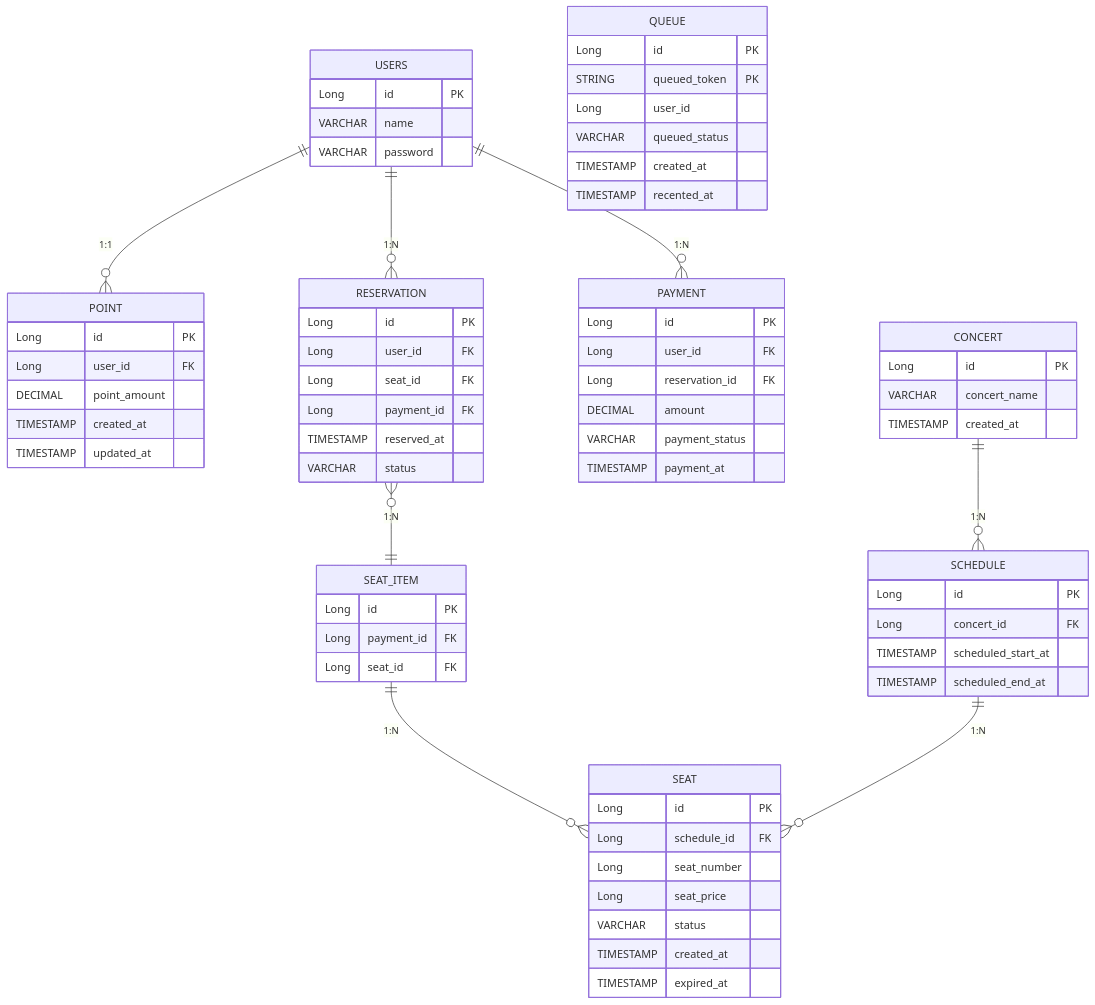
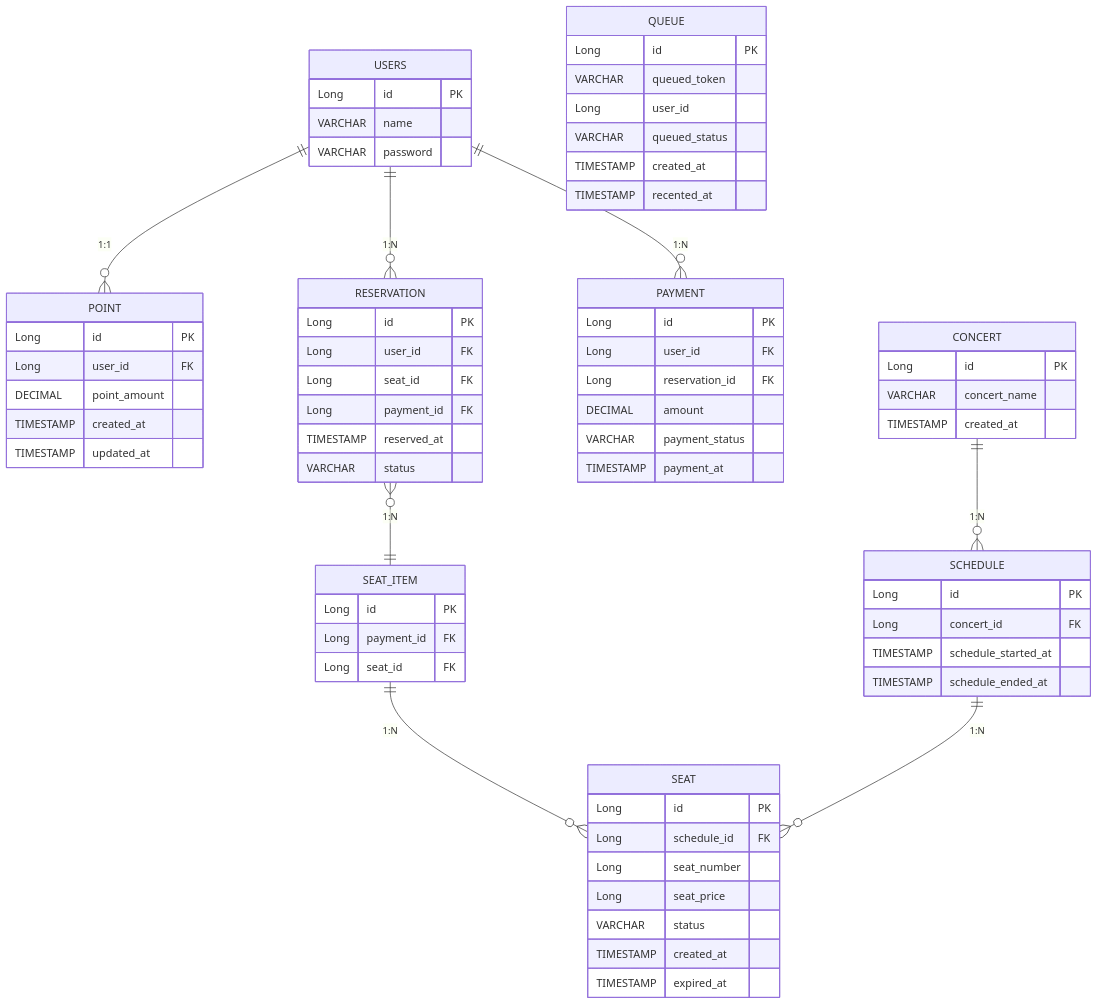
The diagram in docs/ERD.md (hyojin202406/hanghae-concert), drawn with Mermaid before and after one commit. The commit also changed 5 other files, not shown here.

```diff
--- a/docs/ERD.md
+++ b/docs/ERD.md
@@ -12,7 +12,7 @@
 
     QUEUE {
         Long id PK
-        STRING queued_token PK
+        VARCHAR queued_token
         Long user_id
         VARCHAR queued_status
         TIMESTAMP created_at
@@ -56,8 +56,8 @@
     SCHEDULE {
         Long id PK
         Long concert_id FK
-        TIMESTAMP scheduled_start_at
-        TIMESTAMP scheduled_end_at
+        TIMESTAMP schedule_started_at
+        TIMESTAMP schedule_ended_at
     }
     
     SEAT_ITEM {
```
